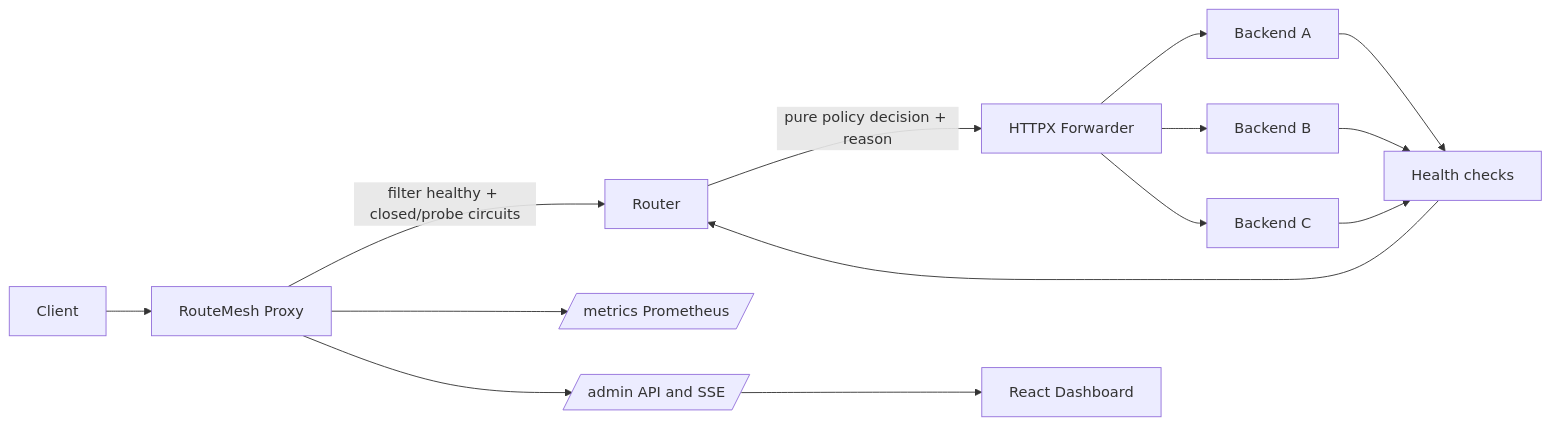
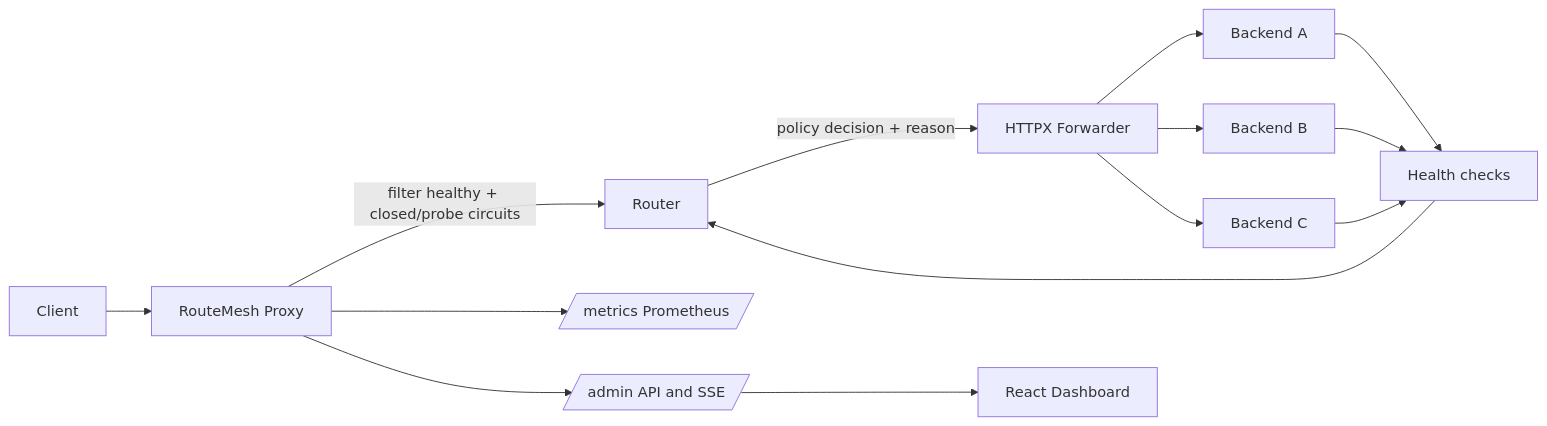
One commit to nihalmachhi/RouteMesh changed the diagram in README.md. Above: the diagram before and after it, drawn with Mermaid. The commit also changed other lines of this file and 2 other files, not shown here.

````diff
--- a/README.md
+++ b/README.md
@@ -41,16 +41,16 @@
 ```mermaid
 flowchart LR
     C[Client] --> P[RouteMesh Proxy]
     P -->|filter healthy + closed/probe circuits| R[Router]
-    R -->|pure policy decision + reason| F[HTTPX Forwarder]
+    R -->|policy decision + reason| F[HTTPX Forwarder]
     F --> A[Backend A]
     F --> B[Backend B]
     F --> D[Backend C]
     A --> H[Health checks]
     B --> H
     D --> H
     P --> M[/metrics Prometheus/]
     P --> X[/admin API and SSE/]
     X --> UI[React Dashboard]
     H --> R
 ```
````
